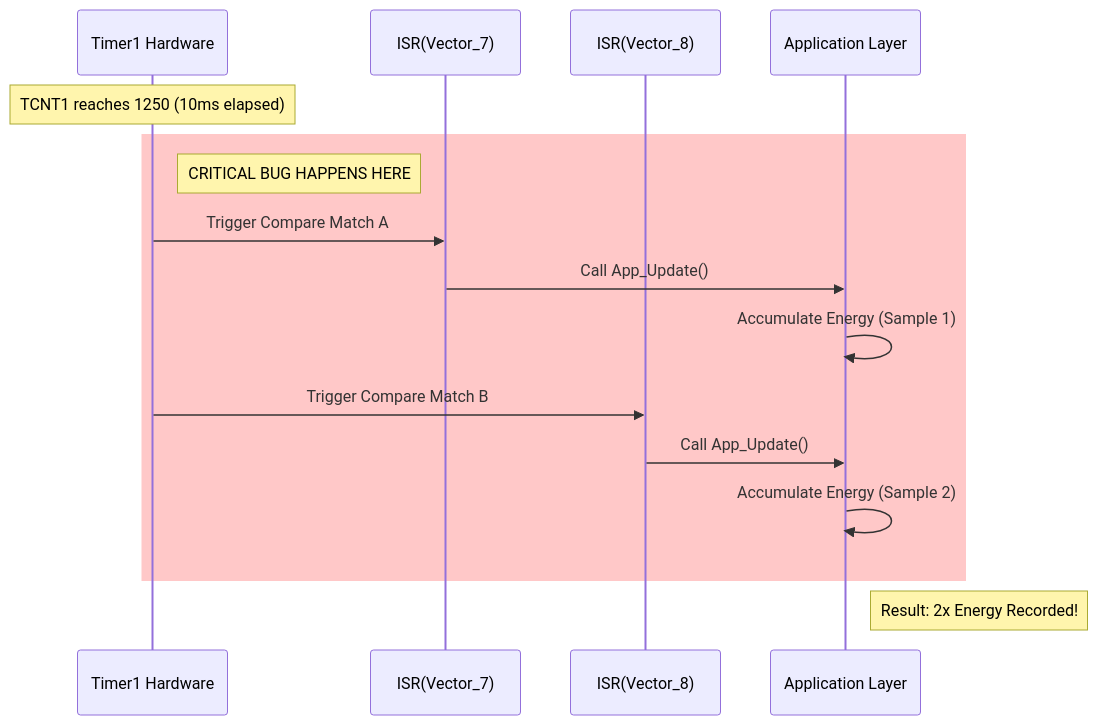
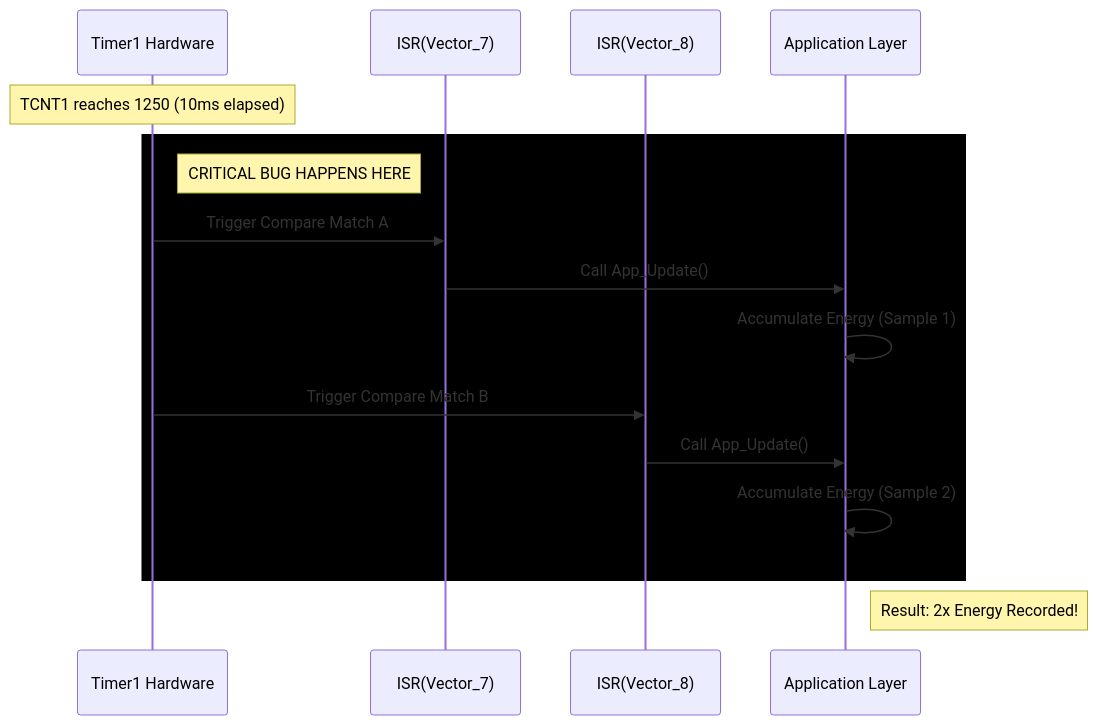
Before and after one commit to Gestell-Solution/Smart_Energy_Management_System: the diagram in Doc/Embedded/New/06_ImplementationDoc/Bugs/FixTasks/Task01_Fix_Timer1_Duplicate_ISR.md, drawn with Mermaid.

````diff
--- a/Doc/Embedded/New/06_ImplementationDoc/Bugs/FixTasks/Task01_Fix_Timer1_Duplicate_ISR.md
+++ b/Doc/Embedded/New/06_ImplementationDoc/Bugs/FixTasks/Task01_Fix_Timer1_Duplicate_ISR.md
@@ -87,22 +87,22 @@
 ```mermaid
 sequenceDiagram
     participant Hardware as Timer1 Hardware
     participant ISR_7 as ISR(Vector_7)
     participant ISR_8 as ISR(Vector_8)
     participant App as Application Layer
 
     Note over Hardware: TCNT1 reaches 1250 (10ms elapsed)
 
-    rect rgb(255, 200, 200)
+    rect rgb(0, 0, 0)
         Note right of Hardware: CRITICAL BUG HAPPENS HERE
         Hardware->>ISR_7: Trigger Compare Match A
         ISR_7->>App: Call App_Update()
         App->>App: Accumulate Energy (Sample 1)
 
         Hardware->>ISR_8: Trigger Compare Match B
         ISR_8->>App: Call App_Update()
         App->>App: Accumulate Energy (Sample 2)
     end
 
     Note right of App: Result: 2x Energy Recorded!
 ```
````
